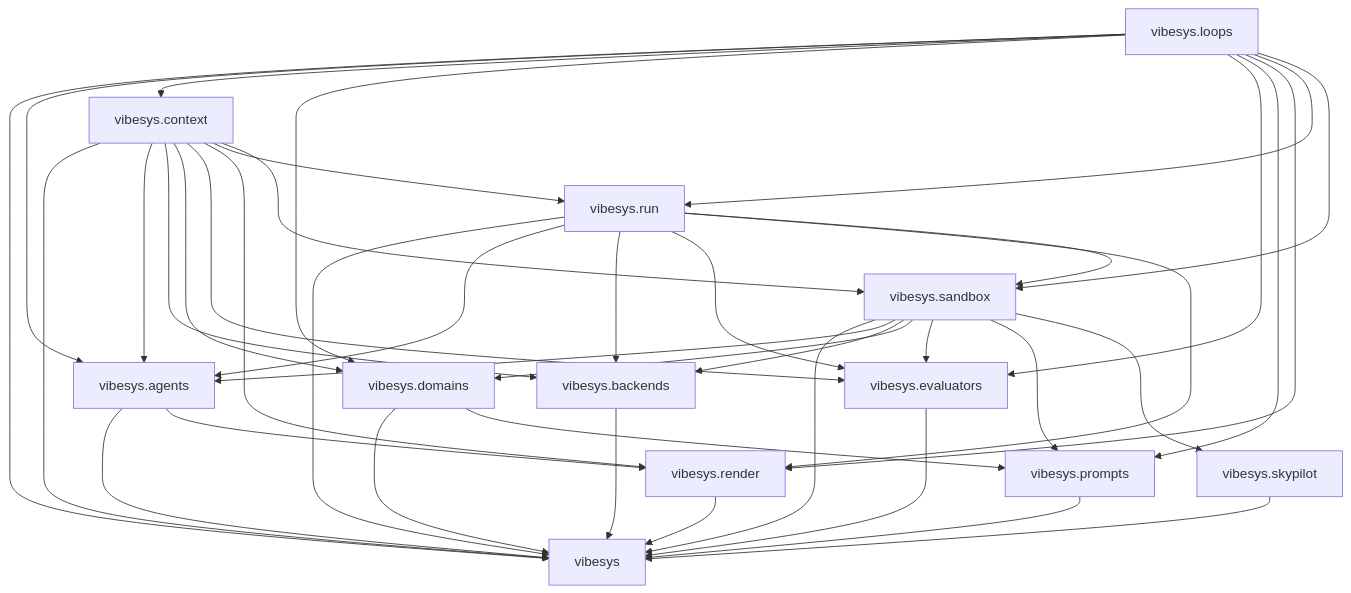
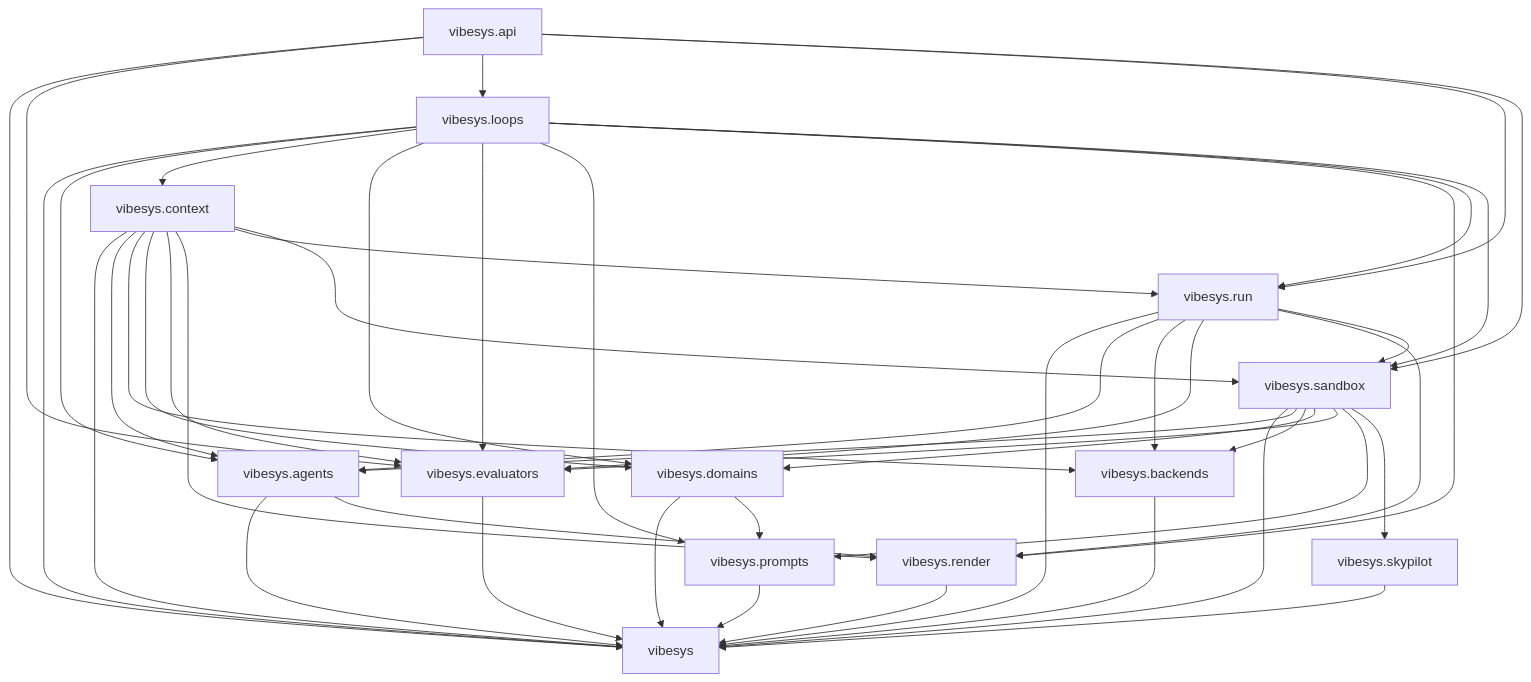
One commit to uw-syfi/vibesys changed the second of 3 diagrams in docs/contributing/architecture.md. Above: the diagram before and after it, drawn with Mermaid. The commit also changed other lines of this file and 64 other files, not shown here.

First line of the commit message:
wip: vibesys.api boundary refactor through Wave 4e

````diff
--- a/docs/contributing/architecture.md
+++ b/docs/contributing/architecture.md
@@ -48,42 +48,47 @@
 ```mermaid
 graph TD
     vibesys.agents --> vibesys
     vibesys.agents --> vibesys.render
+    vibesys.api --> vibesys
+    vibesys.api --> vibesys.evaluators
+    vibesys.api --> vibesys.loops
+    vibesys.api --> vibesys.run
+    vibesys.api --> vibesys.sandbox
     vibesys.backends --> vibesys
     vibesys.context --> vibesys
     vibesys.context --> vibesys.agents
     vibesys.context --> vibesys.backends
     vibesys.context --> vibesys.domains
     vibesys.context --> vibesys.evaluators
     vibesys.context --> vibesys.render
     vibesys.context --> vibesys.run
     vibesys.context --> vibesys.sandbox
     vibesys.domains --> vibesys
     vibesys.domains --> vibesys.prompts
     vibesys.evaluators --> vibesys
     vibesys.loops --> vibesys
     vibesys.loops --> vibesys.agents
     vibesys.loops --> vibesys.context
     vibesys.loops --> vibesys.domains
     vibesys.loops --> vibesys.evaluators
     vibesys.loops --> vibesys.prompts
     vibesys.loops --> vibesys.render
     vibesys.loops --> vibesys.run
     vibesys.loops --> vibesys.sandbox
     vibesys.prompts --> vibesys
     vibesys.render --> vibesys
     vibesys.run --> vibesys
     vibesys.run --> vibesys.agents
     vibesys.run --> vibesys.backends
     vibesys.run --> vibesys.evaluators
     vibesys.run --> vibesys.render
     vibesys.run --> vibesys.sandbox
     vibesys.sandbox --> vibesys
     vibesys.sandbox --> vibesys.agents
     vibesys.sandbox --> vibesys.backends
     vibesys.sandbox --> vibesys.domains
     vibesys.sandbox --> vibesys.evaluators
     vibesys.sandbox --> vibesys.prompts
     vibesys.sandbox --> vibesys.skypilot
     vibesys.skypilot --> vibesys
 ```
````
